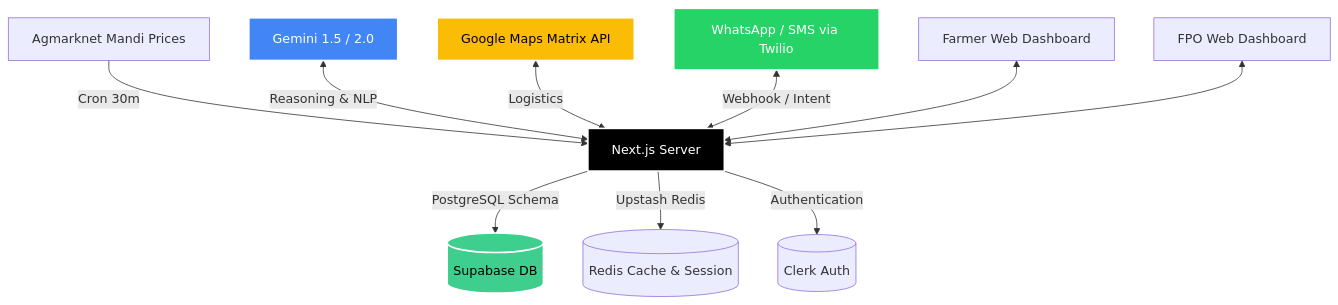
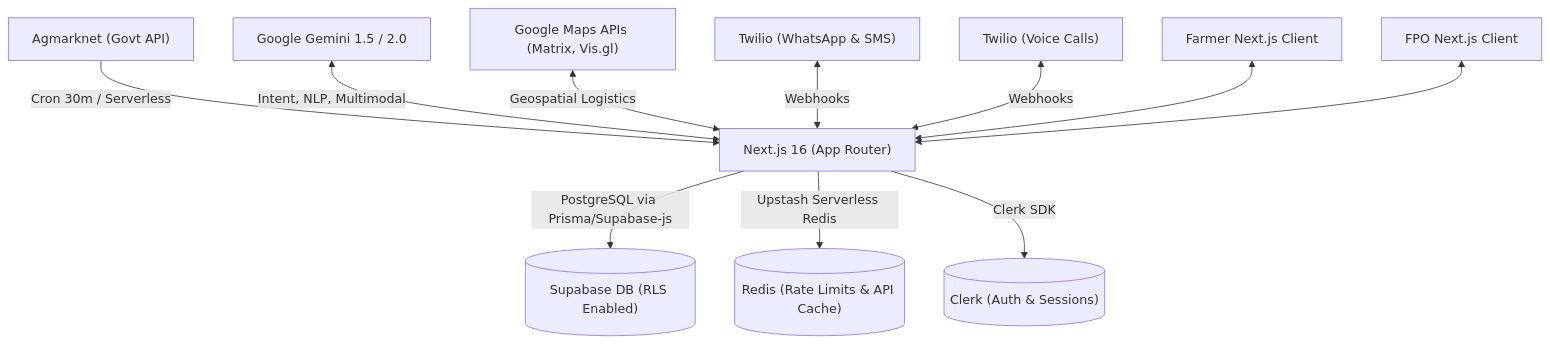
Before and after one commit to ayush834-git/agriflow: the diagram in README.md, drawn with Mermaid. The commit also changed other lines of this file, not shown here.

````diff
--- a/README.md
+++ b/README.md
@@ -11,23 +26,18 @@
 ```mermaid
 graph TD
     %% External Data & AI
-    Agmarknet["Agmarknet Mandi Prices"] -->|Cron 30m| NextJS["Next.js Server"]
-    Gemini["Gemini 1.5 / 2.0"] <-->|Reasoning & NLP| NextJS
-    Maps["Google Maps Matrix API"] <-->|Logistics| NextJS
+    Agmarknet["Agmarknet (Govt API)"] -->|Cron 30m / Serverless| NextJS["Next.js 16 (App Router)"]
+    Gemini["Google Gemini 1.5 / 2.0"] <-->|Intent, NLP, Multimodal| NextJS
+    Maps["Google Maps APIs (Matrix, Vis.gl)"] <-->|Geospatial Logistics| NextJS
 
     %% User Channels
-    WhatsApp["WhatsApp / SMS via Twilio"] <-->|Webhook / Intent| NextJS
-    FarmerDash["Farmer Web Dashboard"] <--> NextJS
-    FPODash["FPO Web Dashboard"] <--> NextJS
+    WhatsApp["Twilio (WhatsApp & SMS)"] <-->|Webhooks| NextJS
+    Voice["Twilio (Voice Calls)"] <-->|Webhooks| NextJS
+    FarmerDash["Farmer Next.js Client"] <--> NextJS
+    FPODash["FPO Next.js Client"] <--> NextJS
 
     %% Persistence
-    NextJS -->|PostgreSQL Schema| Supabase[("Supabase DB")]
-    NextJS -->|Upstash Redis| Cache[("Redis Cache & Session")]
-    NextJS -->|Authentication| Clerk[("Clerk Auth")]
-
-    style WhatsApp fill:#25D366,stroke:#fff,stroke-width:2px,color:#fff
-    style Supabase fill:#3ECF8E,stroke:#fff,stroke-width:2px,color:#000
-    style Gemini fill:#4285F4,stroke:#fff,stroke-width:2px,color:#fff
-    style Maps fill:#FBBC05,stroke:#fff,stroke-width:2px,color:#000
-    style NextJS fill:#000000,stroke:#fff,stroke-width:2px,color:#fff
+    NextJS -->|PostgreSQL via Prisma/Supabase-js| Supabase[("Supabase DB (RLS Enabled)")]
+    NextJS -->|Upstash Serverless Redis| Cache[("Redis (Rate Limits & API Cache)")]
+    NextJS -->|Clerk SDK| Clerk[("Clerk (Auth & Sessions)")]
 ```
````
